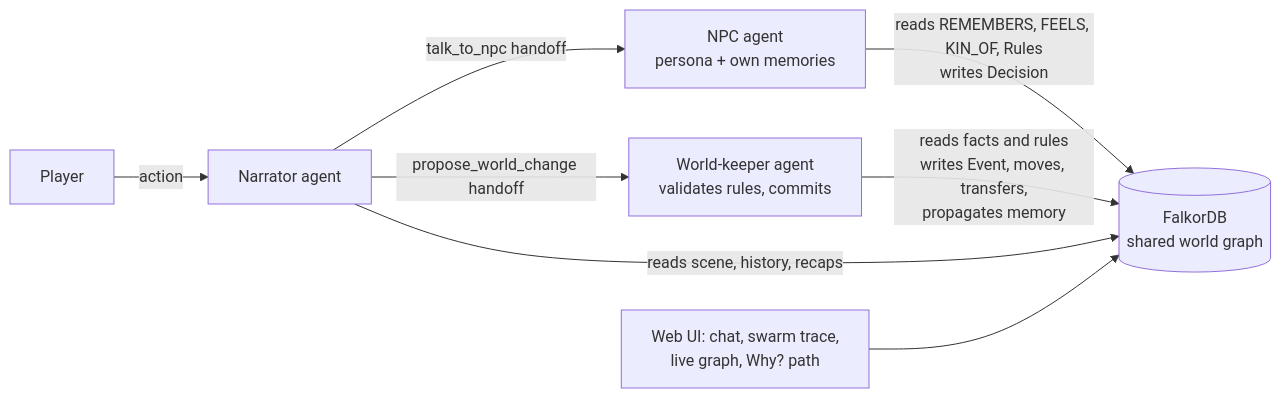
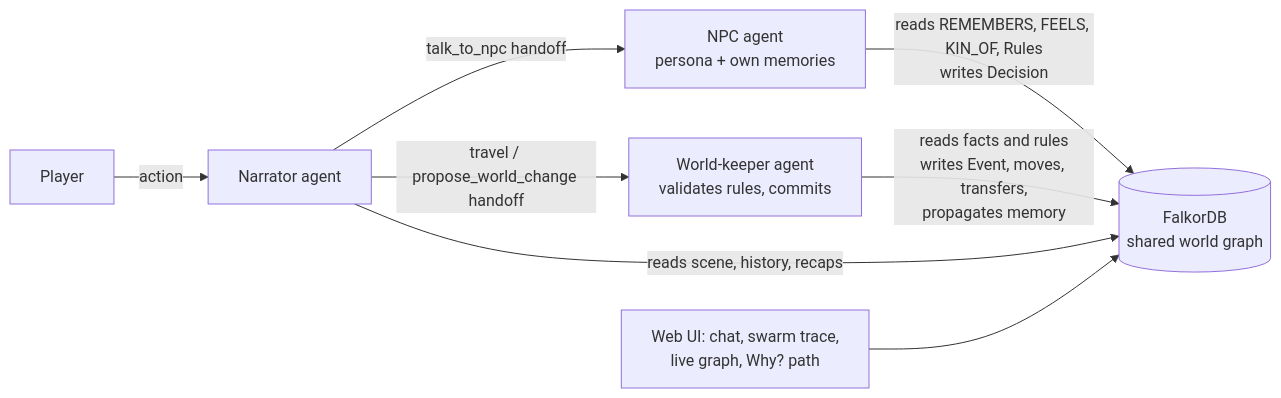
Before and after one commit to HemantGaikwad7/emberfall: the diagram in README.md, drawn with Mermaid. The commit also changed other lines of this file, not shown here.

````diff
--- a/README.md
+++ b/README.md
@@ -36,10 +40,10 @@
 ```mermaid
 flowchart LR
   P[Player] -->|action| N[Narrator agent]
   N -->|talk_to_npc handoff| NPC[NPC agent<br/>persona + own memories]
-  N -->|propose_world_change handoff| WK[World-keeper agent<br/>validates rules, commits]
+  N -->|travel / propose_world_change handoff| WK[World-keeper agent<br/>validates rules, commits]
   NPC -->|reads REMEMBERS, FEELS, KIN_OF, Rules<br/>writes Decision| G[(FalkorDB<br/>shared world graph)]
   WK -->|reads facts and rules<br/>writes Event, moves, transfers,<br/>propagates memory| G
   N -->|reads scene, history, recaps| G
   UI[Web UI: chat, swarm trace,<br/>live graph, Why? path] --> G
 ```
````
